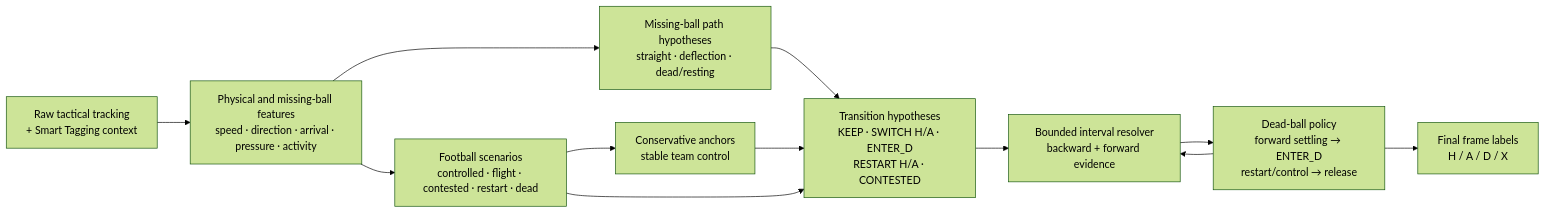
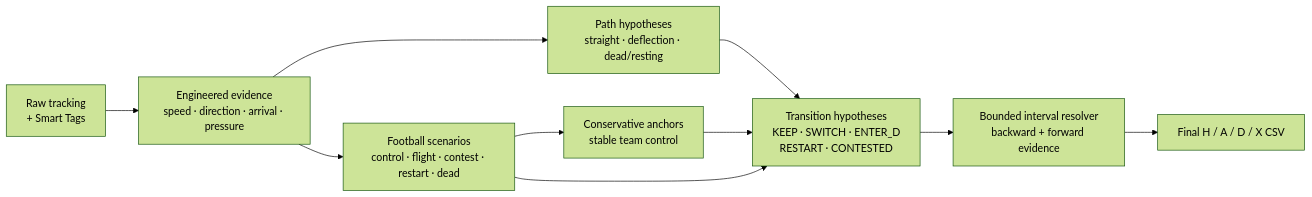
One commit to lukeaquilla11/Barcelona-hackathon changed the diagram in ORGANISER_REPORT.md. Above: the diagram before and after it, drawn with Mermaid (forest theme). The commit also changed other lines of this file, not shown here.

Commit message:
Condense organiser report around evidence pipeline

````diff
--- a/ORGANISER_REPORT.md
+++ b/ORGANISER_REPORT.md
@@ -158,24 +120,20 @@
 ```mermaid
 flowchart LR
-    R[Raw tactical tracking<br/>+ Smart Tagging context]
-    F[Physical and missing-ball features<br/>speed · direction · arrival · pressure · activity]
-    S[Football scenarios<br/>controlled · flight · contested · restart · dead]
+    R[Raw tracking<br/>+ Smart Tags]
+    F[Engineered evidence<br/>speed · direction · arrival · pressure]
+    S[Football scenarios<br/>control · flight · contest · restart · dead]
     A[Conservative anchors<br/>stable team control]
-    P[Missing-ball path hypotheses<br/>straight · deflection · dead/resting]
-    T[Transition hypotheses<br/>KEEP · SWITCH H/A · ENTER_D<br/>RESTART H/A · CONTESTED]
+    P[Path hypotheses<br/>straight · deflection · dead/resting]
+    T[Transition hypotheses<br/>KEEP · SWITCH · ENTER_D<br/>RESTART · CONTESTED]
     Q[Bounded interval resolver<br/>backward + forward evidence]
-    D[Dead-ball policy<br/>forward settling → ENTER_D<br/>restart/control → release]
-    O[Final frame labels<br/>H / A / D / X]
-
+    O[Final H / A / D / X CSV]
     R --> F
     F --> S
     F --> P
     S --> A
     P --> T
     A --> T
     S --> T
     T --> Q
-    D --> Q
-    Q --> D
-    D --> O
+    Q --> O
 ```
````
